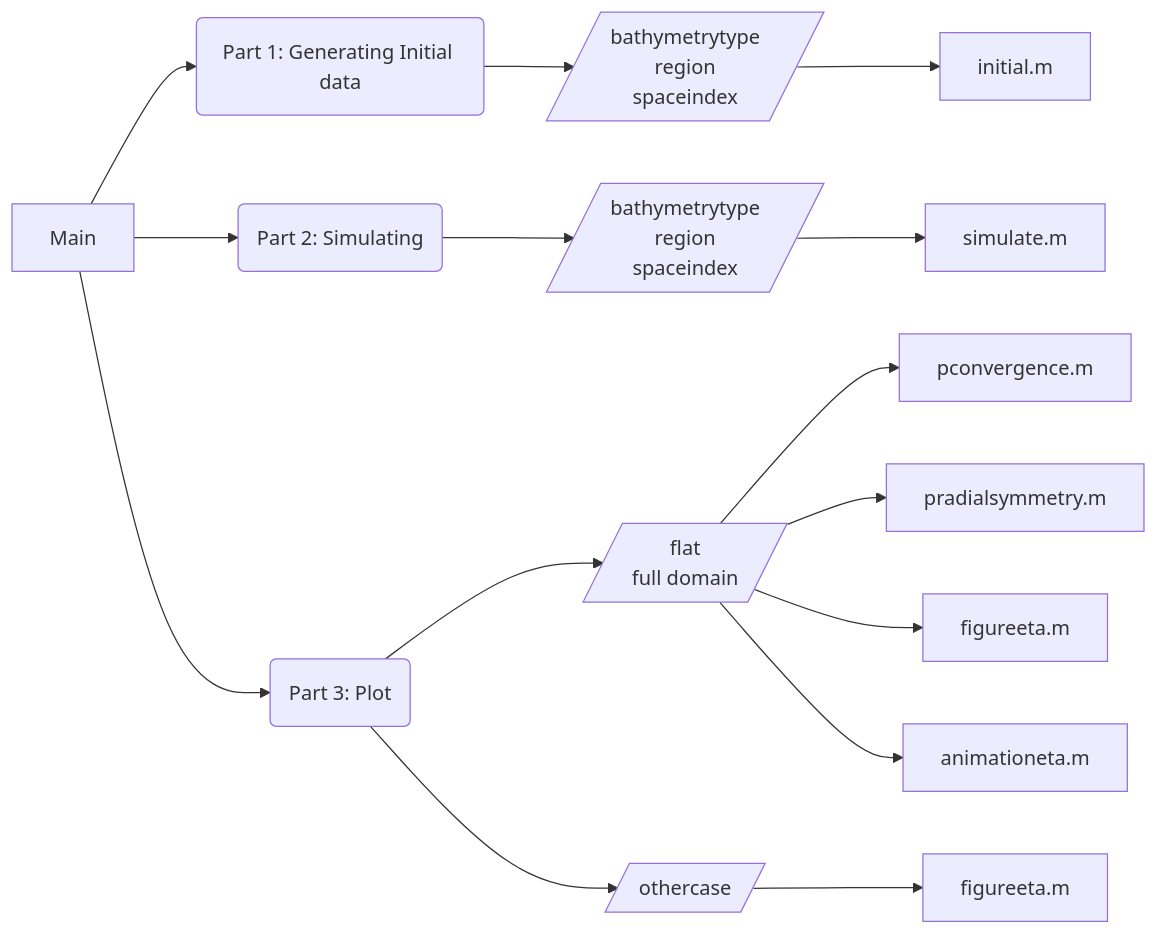
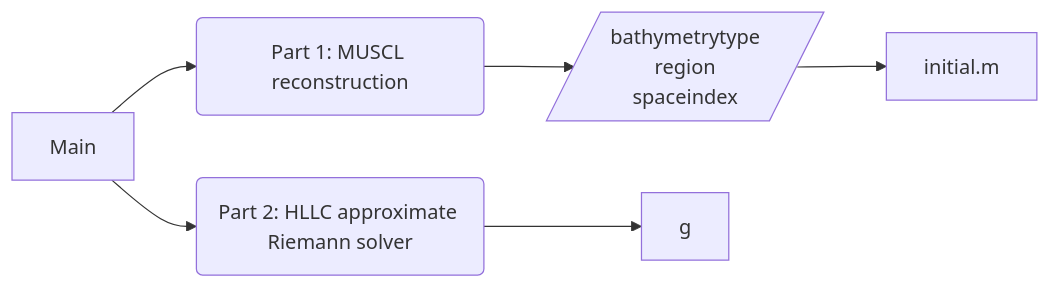
One commit to Awecean/Computational-Method-of-Shallow-Water-Wave changed the diagram in Assignment5/Readme.md. Above: the diagram before and after it, drawn with Mermaid.

````diff
--- a/Assignment5/Readme.md
+++ b/Assignment5/Readme.md
@@ -5,22 +5,10 @@
 ```mermaid
 graph LR
-    A[Main]-->B(Part 1: Generating Initial data)
-    A[Main]-->C(Part 2: Simulating)
-    A[Main]-->D(Part 3: Plot)
+    A[Main]-->B(Part 1: MUSCL reconstruction)
+    A[Main]-->C(Part 2: HLLC approximate Riemann solver)
 
     B --> B1[/bathymetrytype<Br>region<Br>spaceindex/]
     B1 --> B11[initial.m]
 
-    C -->C1[/bathymetrytype<Br>region<Br>spaceindex/]
-    C1 -->C11[simulate.m]
-
-    D -->D1[/flat<Br> full domain/]
-    D1-->D11[pconvergence.m]
-    D1-->D12[pradialsymmetry.m]
-    D1-->D13[figureeta.m]
-    D1-->D14[animationeta.m]
-
-    D-->D2[/othercase/]
-
-    D2-->D21[figureeta.m]
+    C -->C1[g]
 ```
````
